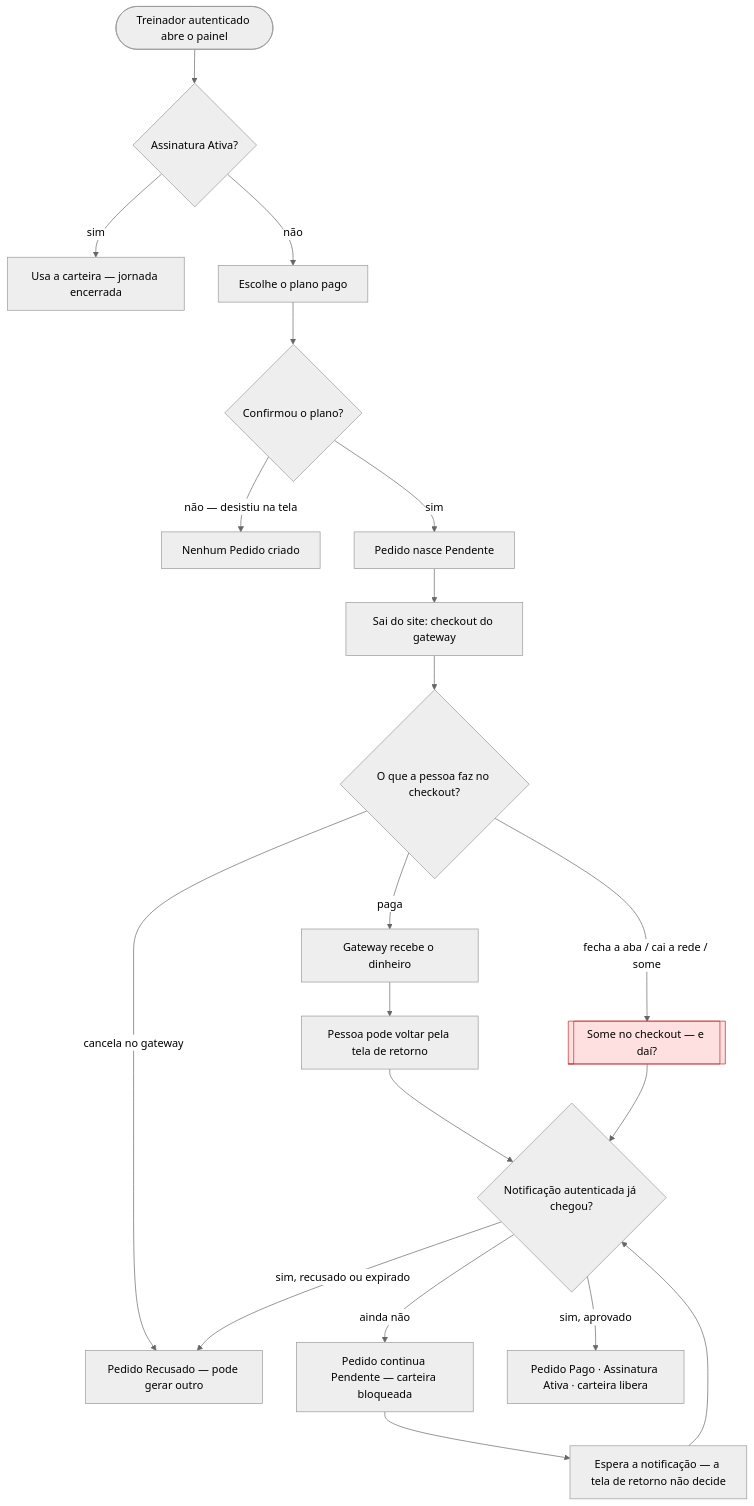
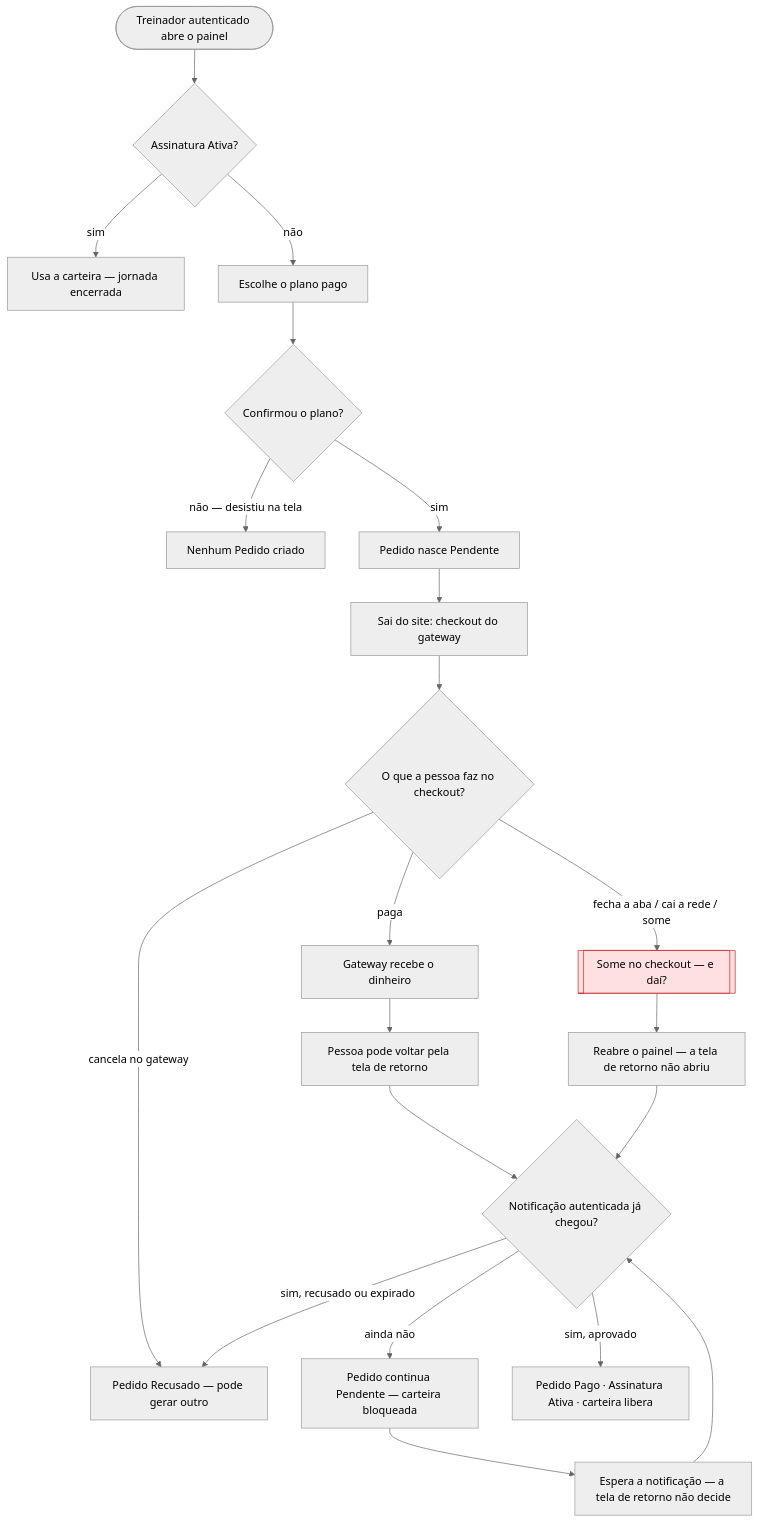
One commit to AllanCordova/zenith-tracker changed the diagram in docs/user-flows.md. Above: the diagram before and after it, drawn with Mermaid (neutral theme). The commit also changed other lines of this file and 15 other files, not shown here.

First line of the commit message:
docs: alinhar nó vermelho, protótipo e diagrama do plano

````diff
--- a/docs/user-flows.md
+++ b/docs/user-flows.md
@@ -23,24 +23,25 @@
 ```mermaid
 flowchart TD
     A(["Treinador autenticado abre o painel"]) --> B{"Assinatura Ativa?"}
     B -->|"sim"| C["Usa a carteira — jornada encerrada"]
     B -->|"não"| D["Escolhe o plano pago"]
     D --> E{"Confirmou o plano?"}
     E -->|"não — desistiu na tela"| F["Nenhum Pedido criado"]
     E -->|"sim"| G["Pedido nasce Pendente"]
     G --> H["Sai do site: checkout do gateway"]
     H --> I{"O que a pessoa faz no checkout?"}
     I -->|"paga"| J["Gateway recebe o dinheiro"]
     I -->|"cancela no gateway"| K["Pedido Recusado — pode gerar outro"]
     I -->|"fecha a aba / cai a rede / some"| X1[["Some no checkout — e daí?"]]
     J --> L["Pessoa pode voltar pela tela de retorno"]
     L --> M{"Notificação autenticada já chegou?"}
-    X1 --> M
+    X1 --> Q["Reabre o painel — a tela de retorno não abriu"]
+    Q --> M
     M -->|"ainda não"| N["Pedido continua Pendente — carteira bloqueada"]
     N --> O["Espera a notificação — a tela de retorno não decide"]
     O --> M
     M -->|"sim, aprovado"| P["Pedido Pago · Assinatura Ativa · carteira libera"]
     M -->|"sim, recusado ou expirado"| K
 
     style X1 fill:#ffe0e0,stroke:#c62828
 ```
````
